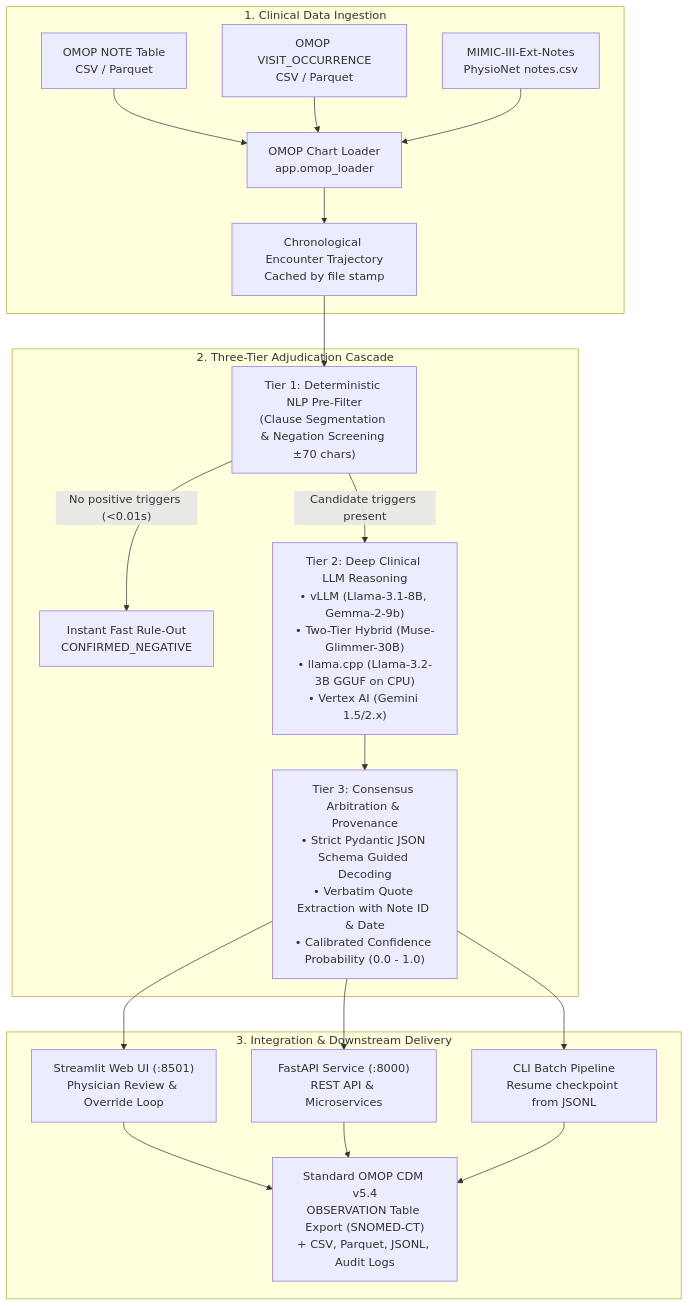
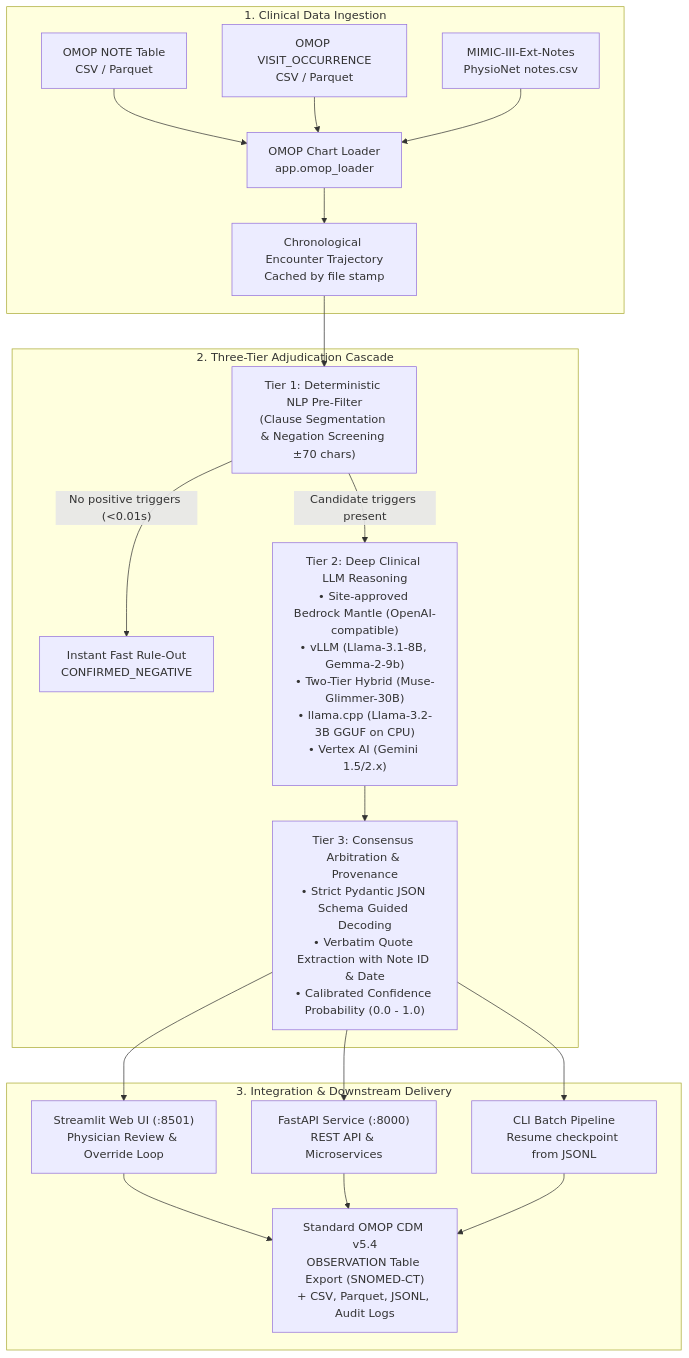
The diagram in README.md (x1jiang/rosegold), drawn with Mermaid before and after one commit. The commit also changed other lines of this file and 9 other files, not shown here.

First line of the commit message:
feat: add Bedrock Mantle as the default hospital-approved LLM path

````diff
--- a/README.md
+++ b/README.md
@@ -42,23 +44,23 @@
 ```mermaid
 flowchart TD
     subgraph DataIngestion["1. Clinical Data Ingestion"]
         N[OMOP NOTE Table\nCSV / Parquet] --> Loader[OMOP Chart Loader\napp.omop_loader]
         V[OMOP VISIT_OCCURRENCE\nCSV / Parquet] --> Loader
         M[MIMIC-III-Ext-Notes\nPhysioNet notes.csv] --> Loader
         Loader --> Prepped[Chronological Encounter Trajectory\nCached by file stamp]
     end
 
     subgraph TieredCascade["2. Three-Tier Adjudication Cascade"]
         Prepped --> T1["Tier 1: Deterministic NLP Pre-Filter\n(Clause Segmentation & Negation Screening ±70 chars)"]
         T1 -- "No positive triggers (<0.01s)" --> RuleOut["Instant Fast Rule-Out\nCONFIRMED_NEGATIVE"]
-        T1 -- "Candidate triggers present" --> T2["Tier 2: Deep Clinical LLM Reasoning\n• vLLM (Llama-3.1-8B, Gemma-2-9b)\n• Two-Tier Hybrid (Muse-Glimmer-30B)\n• llama.cpp (Llama-3.2-3B GGUF on CPU)\n• Vertex AI (Gemini 1.5/2.x)"]
+        T1 -- "Candidate triggers present" --> T2["Tier 2: Deep Clinical LLM Reasoning\n• Site-approved Bedrock Mantle (OpenAI-compatible)\n• vLLM (Llama-3.1-8B, Gemma-2-9b)\n• Two-Tier Hybrid (Muse-Glimmer-30B)\n• llama.cpp (Llama-3.2-3B GGUF on CPU)\n• Vertex AI (Gemini 1.5/2.x)"]
         T2 --> T3["Tier 3: Consensus Arbitration & Provenance\n• Strict Pydantic JSON Schema Guided Decoding\n• Verbatim Quote Extraction with Note ID & Date\n• Calibrated Confidence Probability (0.0 - 1.0)"]
     end
 
     subgraph Delivery["3. Integration & Downstream Delivery"]
         T3 --> UI["Streamlit Web UI (:8501)\nPhysician Review & Override Loop"]
         T3 --> API["FastAPI Service (:8000)\nREST API & Microservices"]
         T3 --> CLI["CLI Batch Pipeline\nResume checkpoint from JSONL"]
         UI & API & CLI --> Exp["Standard OMOP CDM v5.4\nOBSERVATION Table Export (SNOMED-CT)\n+ CSV, Parquet, JSONL, Audit Logs"]
     end
 ```
````
